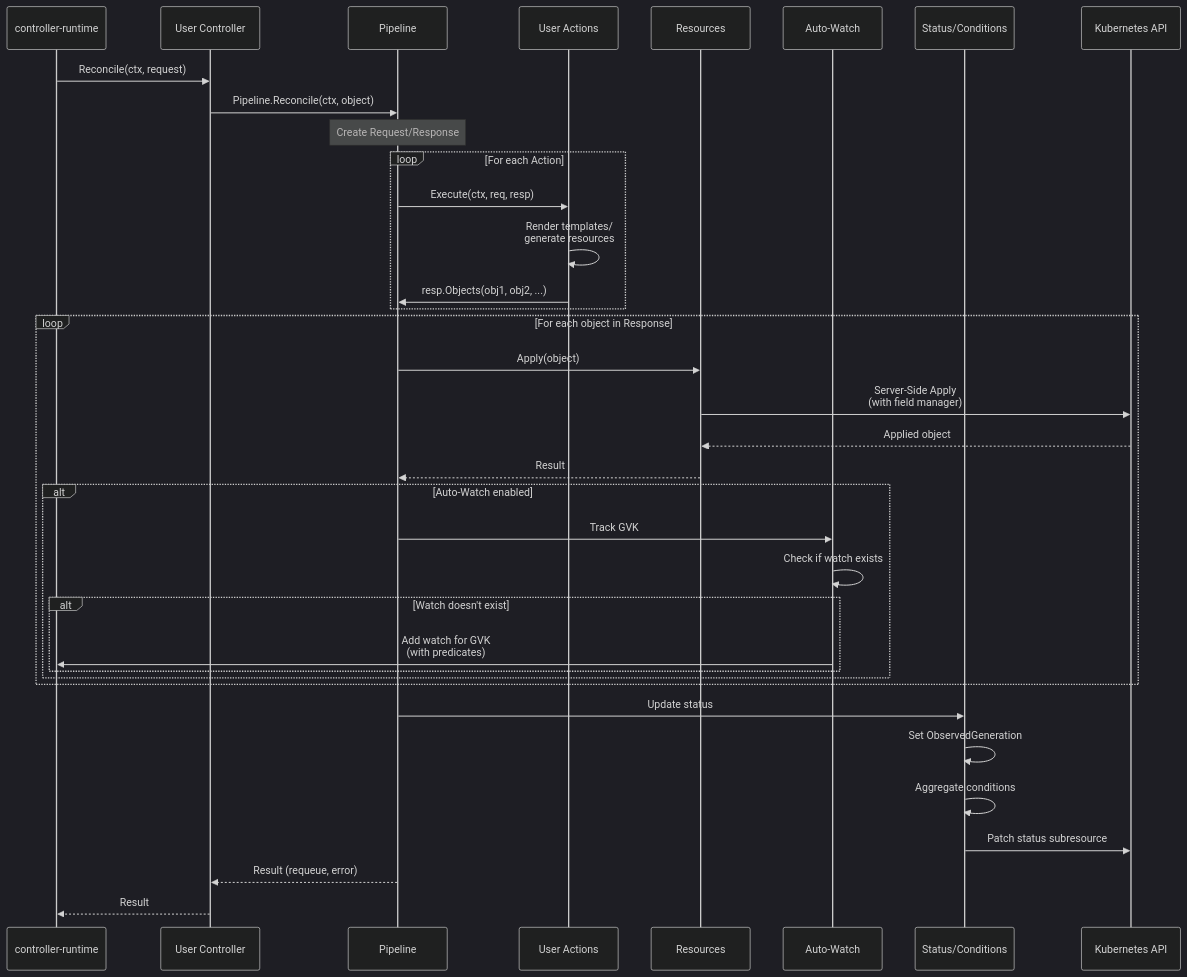
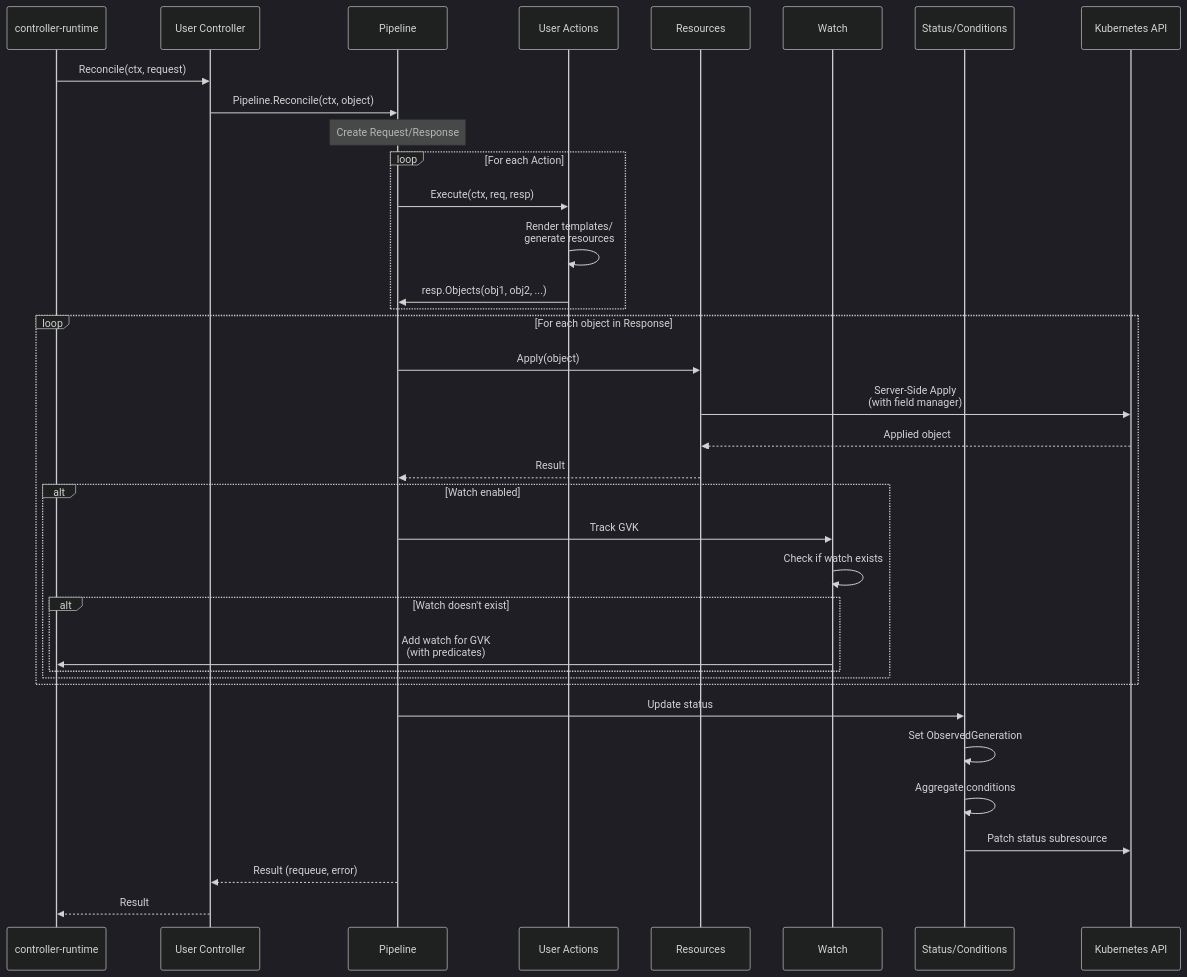
Before and after one commit to lburgazzoli/k8s-controller-lib: the second of 5 diagrams in docs/architecture.md, drawn with Mermaid (dark theme). The commit also changed other lines of this file and 18 other files, not shown here.

````diff
--- a/docs/architecture.md
+++ b/docs/architecture.md
@@ -57,45 +57,45 @@
 ```mermaid
 sequenceDiagram
     participant CR as controller-runtime
     participant UC as User Controller
     participant P as Pipeline
     participant A as User Actions
     participant R as Resources
-    participant W as Auto-Watch
+    participant W as Watch
     participant S as Status/Conditions
     participant K8S as Kubernetes API
 
     CR->>UC: Reconcile(ctx, request)
     UC->>P: Pipeline.Reconcile(ctx, object)
 
     Note over P: Create Request/Response
 
     loop For each Action
         P->>A: Execute(ctx, req, resp)
         A->>A: Render templates/<br/>generate resources
         A->>P: resp.Objects(obj1, obj2, ...)
     end
 
     loop For each object in Response
         P->>R: Apply(object)
         R->>K8S: Server-Side Apply<br/>(with field manager)
         K8S-->>R: Applied object
         R-->>P: Result
 
-        alt Auto-Watch enabled
+        alt Watch enabled
             P->>W: Track GVK
             W->>W: Check if watch exists
             alt Watch doesn't exist
                 W->>CR: Add watch for GVK<br/>(with predicates)
             end
         end
     end
 
     P->>S: Update status
     S->>S: Set ObservedGeneration
     S->>S: Aggregate conditions
     S->>K8S: Patch status subresource
 
     P-->>UC: Result (requeue, error)
     UC-->>CR: Result
 ```
````
